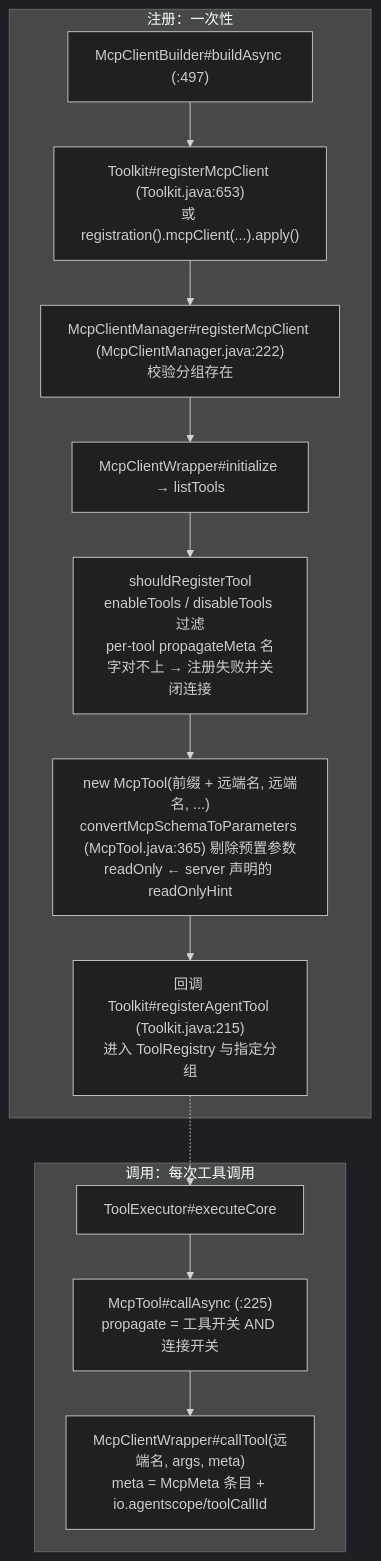
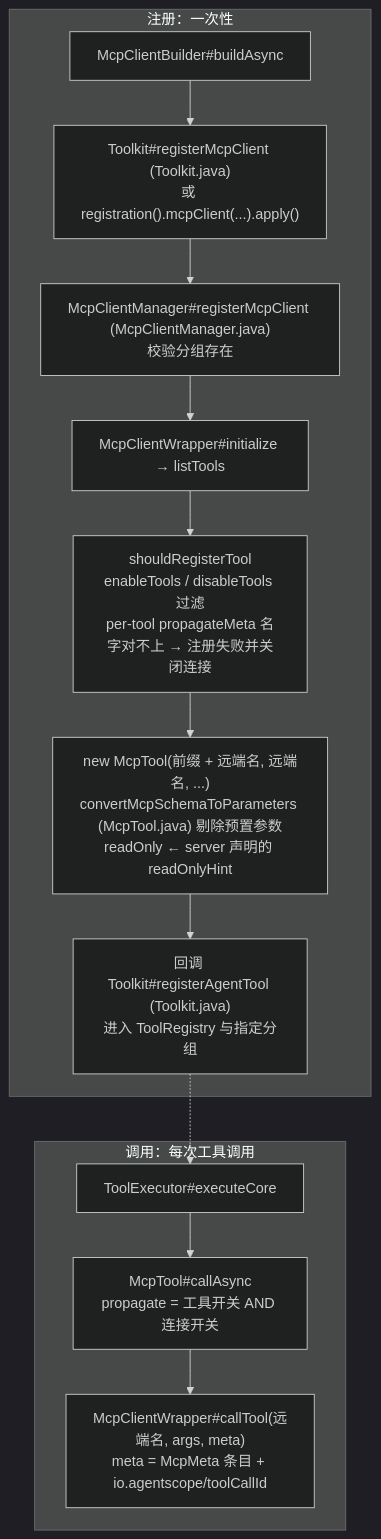
The fifth of 5 diagrams in 04-工具系统.md (liulangjietou/AgentScope-source-analysis), drawn with Mermaid (dark theme) before and after one commit. The commit also changed other lines of this file and 13 other files, not shown here.

Commit message:
docs: align source guide and diagrams with main dcb131a3

````diff
--- a/04-工具系统.md
+++ b/04-工具系统.md
@@ -172,16 +180,16 @@
 ```mermaid
 flowchart TB
     subgraph REG["注册：一次性"]
-        B["McpClientBuilder#buildAsync (:497)"] --> RM["Toolkit#registerMcpClient (Toolkit.java:653)<br/>或 registration().mcpClient(...).apply()"]
-        RM --> MM["McpClientManager#registerMcpClient (McpClientManager.java:222)<br/>校验分组存在"]
+        B["McpClientBuilder#buildAsync"] --> RM["Toolkit#registerMcpClient (Toolkit.java)<br/>或 registration().mcpClient(...).apply()"]
+        RM --> MM["McpClientManager#registerMcpClient (McpClientManager.java)<br/>校验分组存在"]
         MM --> INIT["McpClientWrapper#initialize → listTools"]
         INIT --> FIL["shouldRegisterTool<br/>enableTools / disableTools 过滤<br/>per-tool propagateMeta 名字对不上 → 注册失败并关闭连接"]
-        FIL --> NEW["new McpTool(前缀 + 远端名, 远端名, ...)<br/>convertMcpSchemaToParameters (McpTool.java:365) 剔除预置参数<br/>readOnly ← server 声明的 readOnlyHint"]
-        NEW --> RAT["回调 Toolkit#registerAgentTool (Toolkit.java:215)<br/>进入 ToolRegistry 与指定分组"]
+        FIL --> NEW["new McpTool(前缀 + 远端名, 远端名, ...)<br/>convertMcpSchemaToParameters (McpTool.java) 剔除预置参数<br/>readOnly ← server 声明的 readOnlyHint"]
+        NEW --> RAT["回调 Toolkit#registerAgentTool (Toolkit.java)<br/>进入 ToolRegistry 与指定分组"]
     end
     subgraph CALL["调用：每次工具调用"]
-        C1["ToolExecutor#executeCore"] --> C2["McpTool#callAsync (:225)<br/>propagate = 工具开关 AND 连接开关"]
+        C1["ToolExecutor#executeCore"] --> C2["McpTool#callAsync<br/>propagate = 工具开关 AND 连接开关"]
         C2 --> C3["McpClientWrapper#callTool(远端名, args, meta)<br/>meta = McpMeta 条目 + io.agentscope/toolCallId"]
     end
     RAT -.-> C1
 ```
````
